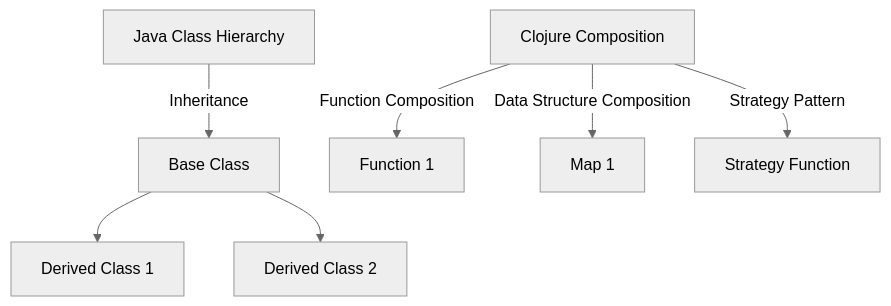
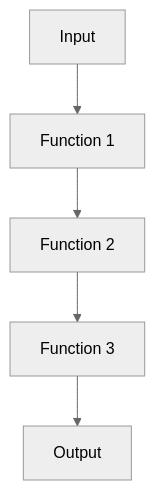
Before and after one commit to MasteryEducation/ClojureForJava.com: the diagram in content/3/8/1/index.md, drawn with Mermaid (neutral theme). The commit also changed other lines of this file and 74 other files, not shown here.

````diff
--- a/content/3/8/1/index.md
+++ b/content/3/8/1/index.md
@@ -191,10 +164,7 @@
 ```mermaid
 graph TD;
-    A[Java Class Hierarchy] -->|Inheritance| B[Base Class]
-    B --> C[Derived Class 1]
-    B --> D[Derived Class 2]
-
-    E[Clojure Composition] -->|Function Composition| F[Function 1]
-    E -->|Data Structure Composition| G[Map 1]
-    E -->|Strategy Pattern| H[Strategy Function]
+    A[Input] --> B[Function 1];
+    B --> C[Function 2];
+    C --> D[Function 3];
+    D --> E[Output];
 ```
````
